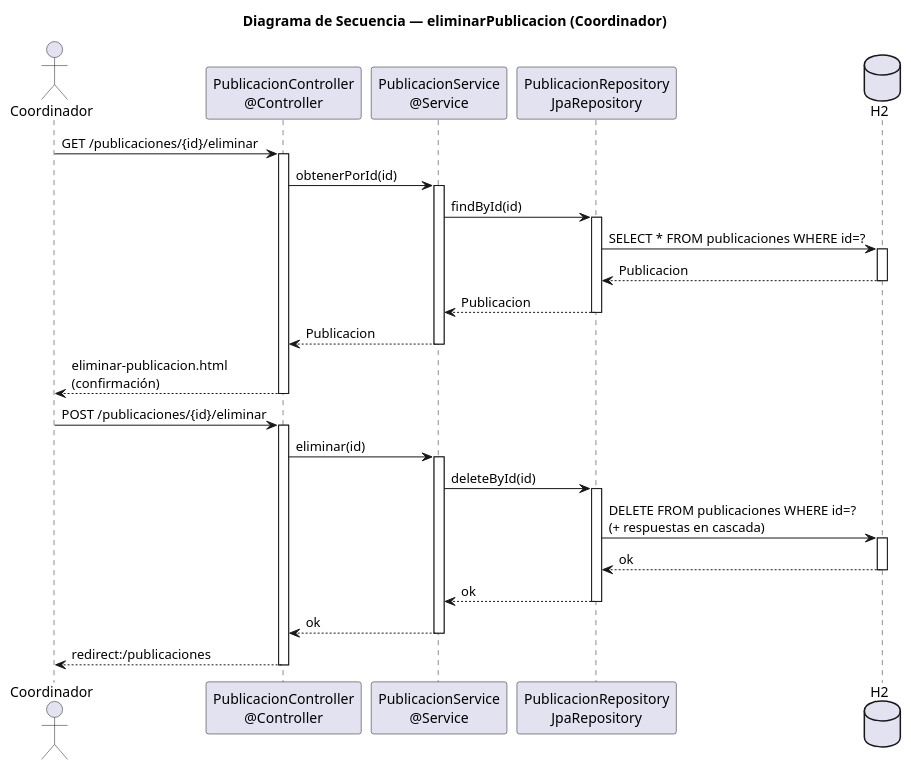
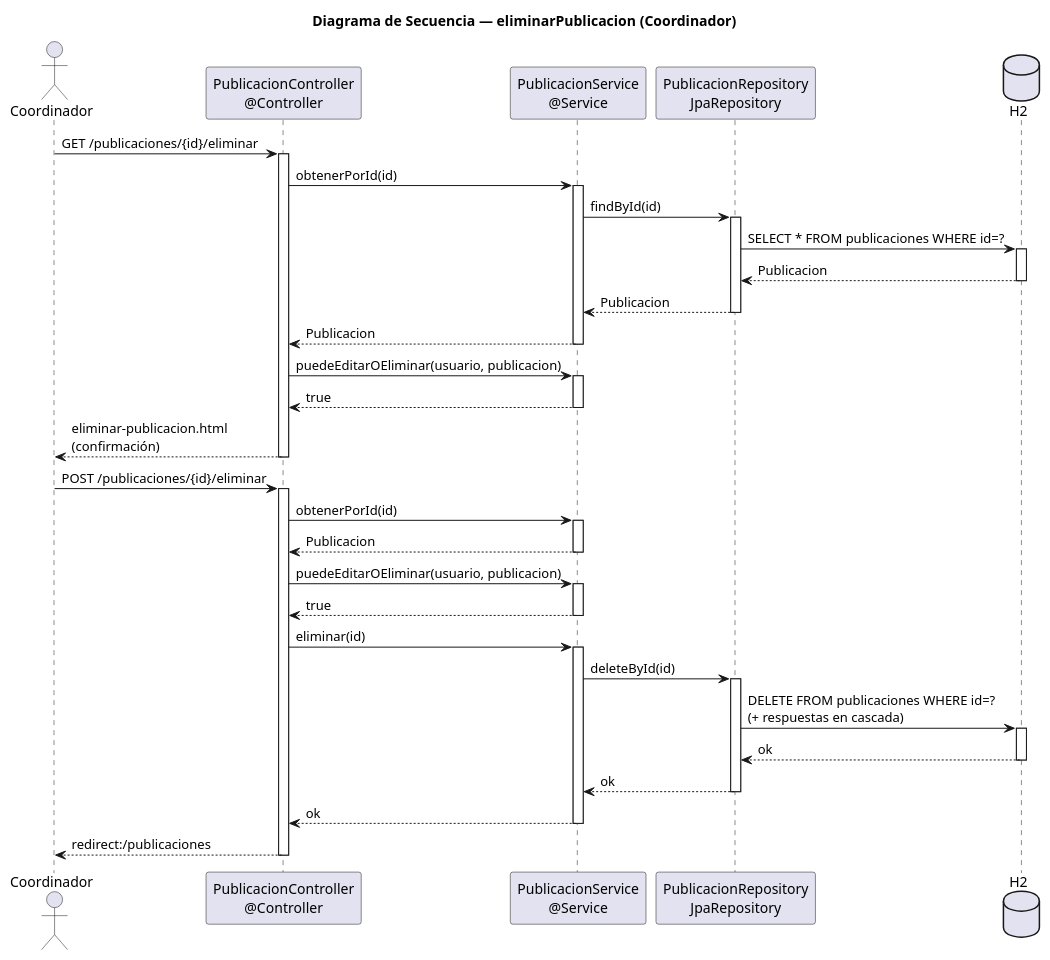
One commit to 31Diego/25-26-idsw2-sdVC changed the diagram in modelosUML/diseño/coordinador/eliminarPublicacion.puml. Above: the diagram before and after it, drawn with PlantUML. The commit also changed 62 other files, not shown here.

Commit message:
refactor: aplicar SOLID y sincronizar diagramas de diseño

```diff
--- a/modelosUML/diseño/coordinador/eliminarPublicacion.puml
+++ b/modelosUML/diseño/coordinador/eliminarPublicacion.puml
@@ -1,44 +1,56 @@
 @startuml
 title Diagrama de Secuencia — eliminarPublicacion (Coordinador)
 
 actor "Coordinador" as User
 participant "PublicacionController\n@Controller" as Controller
 participant "PublicacionService\n@Service" as Service
 participant "PublicacionRepository\nJpaRepository" as Repo
 database "H2" as DB
 
 User -> Controller: GET /publicaciones/{id}/eliminar
 activate Controller
 Controller -> Service: obtenerPorId(id)
 activate Service
 Service -> Repo: findById(id)
 activate Repo
 Repo -> DB: SELECT * FROM publicaciones WHERE id=?
 activate DB
 DB --> Repo: Publicacion
 deactivate DB
 Repo --> Service: Publicacion
 deactivate Repo
 Service --> Controller: Publicacion
 deactivate Service
+Controller -> Service: puedeEditarOEliminar(usuario, publicacion)
+activate Service
+Service --> Controller: true
+deactivate Service
 Controller --> User: eliminar-publicacion.html\n(confirmación)
 deactivate Controller
 
 User -> Controller: POST /publicaciones/{id}/eliminar
 activate Controller
+Controller -> Service: obtenerPorId(id)
+activate Service
+Service --> Controller: Publicacion
+deactivate Service
+Controller -> Service: puedeEditarOEliminar(usuario, publicacion)
+activate Service
+Service --> Controller: true
+deactivate Service
 Controller -> Service: eliminar(id)
 activate Service
 Service -> Repo: deleteById(id)
 activate Repo
 Repo -> DB: DELETE FROM publicaciones WHERE id=?\n(+ respuestas en cascada)
 activate DB
 DB --> Repo: ok
 deactivate DB
 Repo --> Service: ok
 deactivate Repo
 Service --> Controller: ok
 deactivate Service
 Controller --> User: redirect:/publicaciones
 deactivate Controller
 
 @enduml
```
